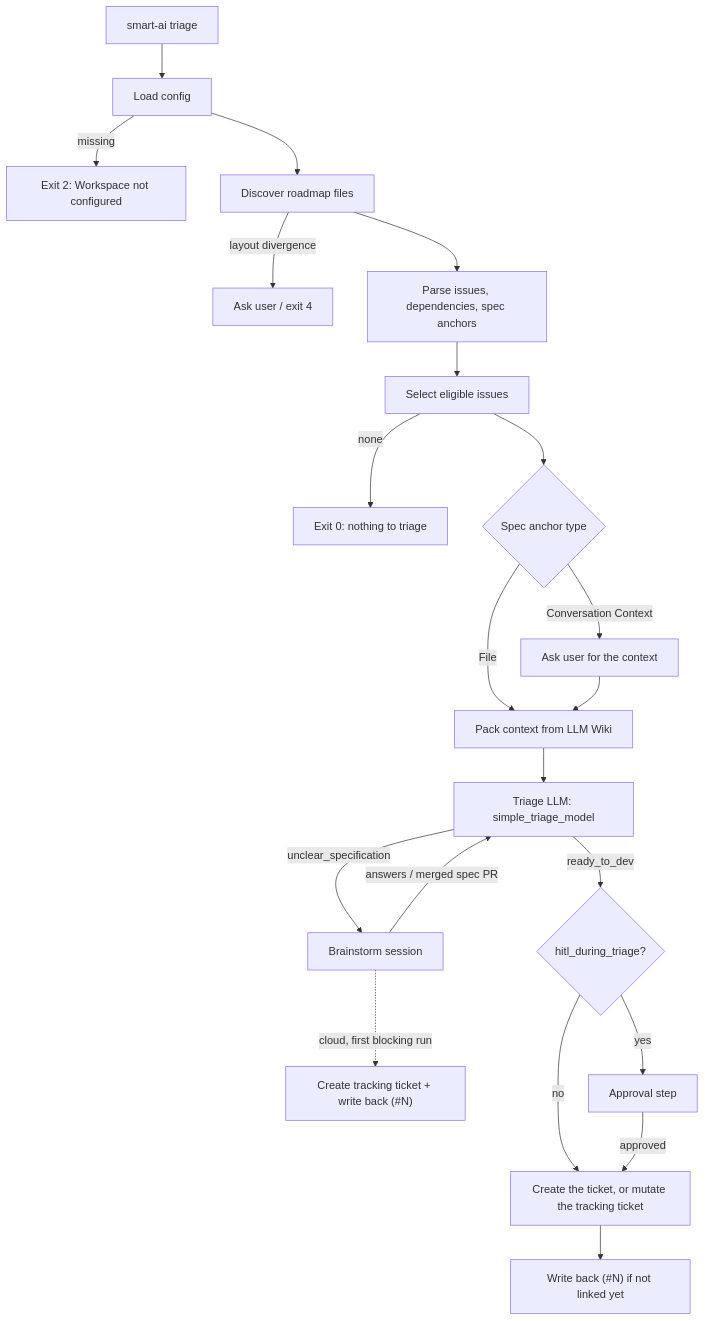
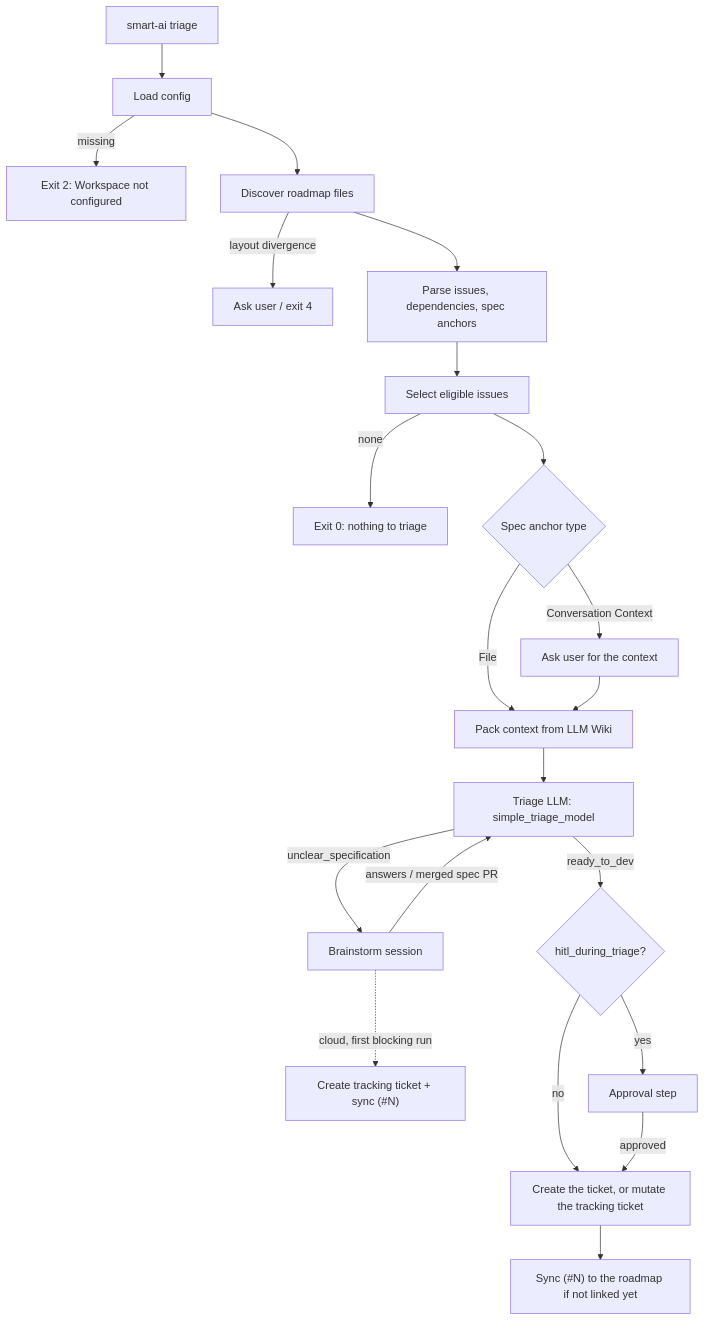
Before and after one commit to fletort/smart-ai-factory: the first of 2 diagrams in docs/specs/triage_engine.md, drawn with Mermaid. The commit also changed other lines of this file and 3 other files, not shown here.

````diff
--- a/docs/specs/triage_engine.md
+++ b/docs/specs/triage_engine.md
@@ -15,23 +15,23 @@
 ```mermaid
 graph TD
     START["smart-ai triage"] --> CFG["Load config"]
     CFG -->|missing| EXIT2["Exit 2: Workspace not configured"]
     CFG --> DISC["Discover roadmap files"]
     DISC -->|layout divergence| EXIT4["Ask user / exit 4"]
     DISC --> PARSE["Parse issues, dependencies, spec anchors"]
     PARSE --> SELECT["Select eligible issues"]
     SELECT -->|none| EXIT0["Exit 0: nothing to triage"]
     SELECT --> SRC{"Spec anchor type"}
     SRC -->|File| PACK["Pack context from LLM Wiki"]
     SRC -->|Conversation Context| ASKCTX["Ask user for the context"]
     ASKCTX --> PACK
     PACK --> LLM["Triage LLM: simple_triage_model"]
     LLM -->|unclear_specification| BRAIN["Brainstorm session"]
-    BRAIN -.->|"cloud, first blocking run"| TRACK["Create tracking ticket + write back (#N)"]
+    BRAIN -.->|"cloud, first blocking run"| TRACK["Create tracking ticket + sync (#N)"]
     BRAIN -->|"answers / merged spec PR"| LLM
     LLM -->|ready_to_dev| GATE{"hitl_during_triage?"}
     GATE -->|yes| APPROVE["Approval step"]
     GATE -->|no| CREATE
     APPROVE -->|approved| CREATE["Create the ticket, or mutate the tracking ticket"]
-    CREATE --> WB["Write back (#N) if not linked yet"]
+    CREATE --> WB["Sync (#N) to the roadmap if not linked yet"]
 ```
````
